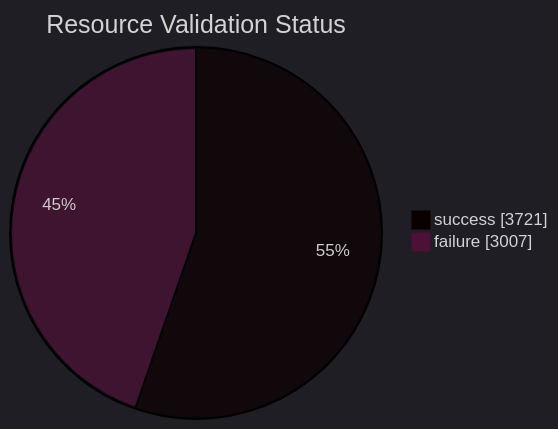
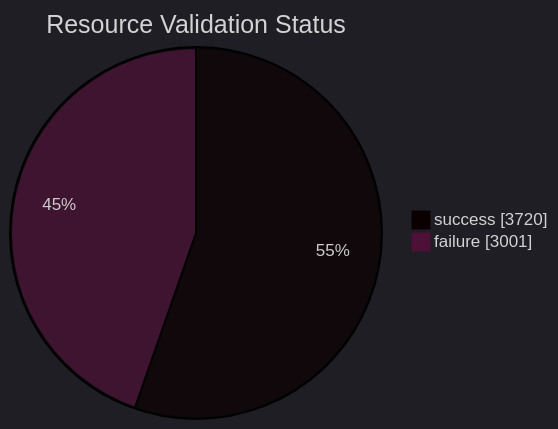
One commit to open-data/analytics-corporate-reporting changed the diagram in datastore_tracker/resource_validation_status_pie_chart.md. Above: the diagram before and after it, drawn with Mermaid. The commit also changed 9 other files, not shown here.

````diff
--- a/datastore_tracker/resource_validation_status_pie_chart.md
+++ b/datastore_tracker/resource_validation_status_pie_chart.md
@@ -2,9 +2,9 @@
 ```mermaid
 ---
 config:
   theme: dark
 ---
 pie showData title Resource Validation Status
-    "success": 3721
-    "failure": 3007
+    "success": 3720
+    "failure": 3001
 ```
````
